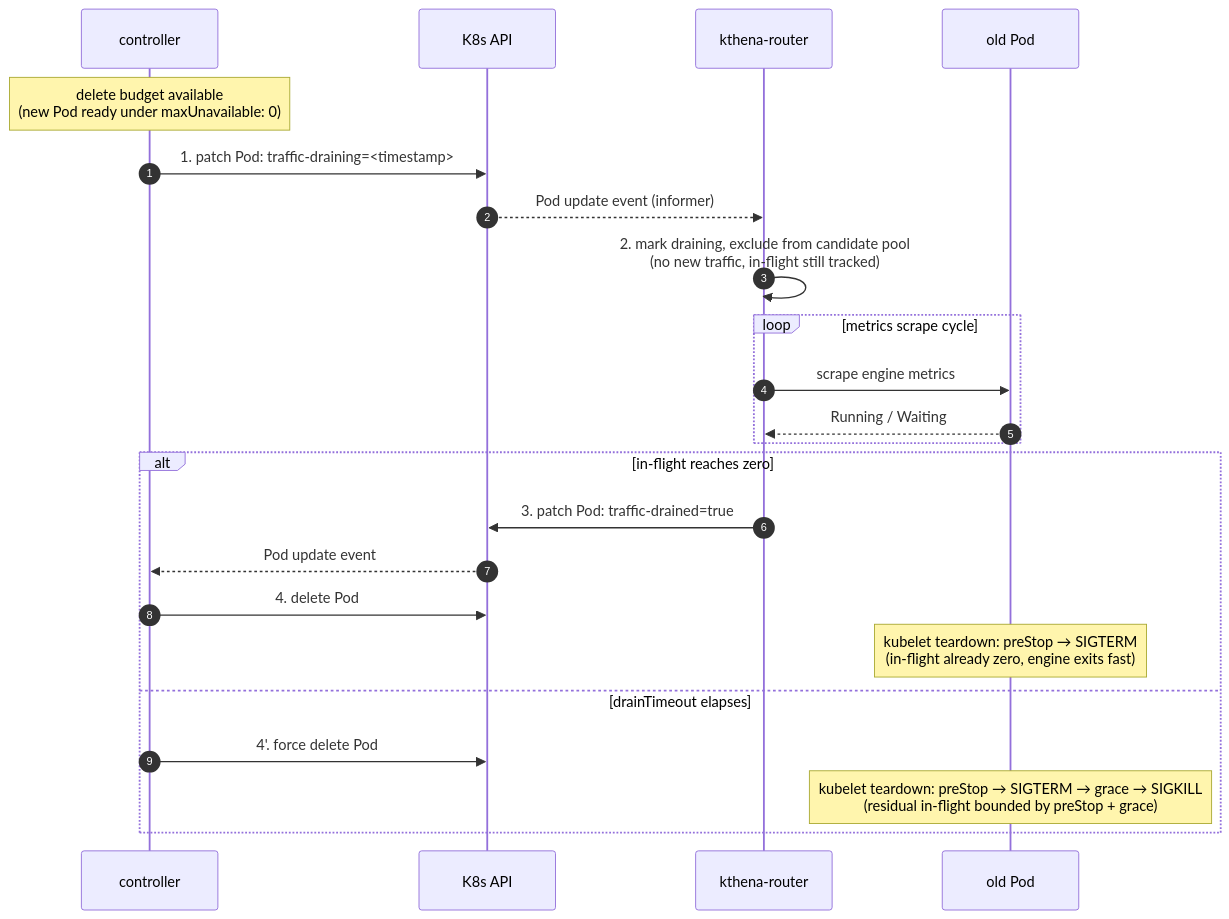
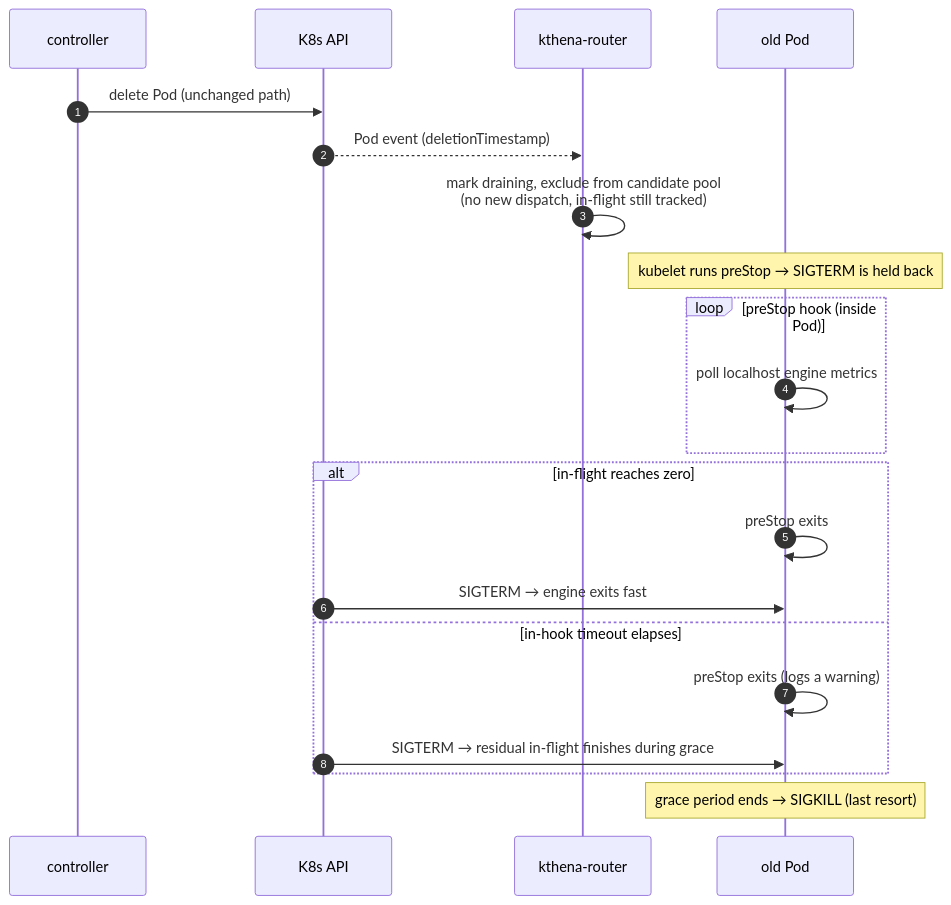
The diagram in docs/proposal/modelserving-lossless-upgrade.md (volcano-sh/kthena), drawn with Mermaid before and after one commit. The commit also changed other lines of this file, not shown here.

First line of the commit message:
docs(proposal): switch to preStop-based drain, drop controller-side gate

````diff
--- a/docs/proposal/modelserving-lossless-upgrade.md
+++ b/docs/proposal/modelserving-lossless-upgrade.md
@@ -86,26 +98,24 @@
 ```mermaid
 sequenceDiagram
     autonumber
     participant C as controller
     participant A as K8s API
     participant R as kthena-router
     participant P as old Pod
 
-    Note over C: delete budget available<br/>(new Pod ready under maxUnavailable: 0)
-    C->>A: 1. patch Pod: traffic-draining=<timestamp>
-    A-->>R: Pod update event (informer)
-    R->>R: 2. mark draining, exclude from candidate pool<br/>(no new traffic, in-flight still tracked)
-    loop metrics scrape cycle
-        R->>P: scrape engine metrics
-        P-->>R: Running / Waiting
+    C->>A: delete Pod (unchanged path)
+    A-->>R: Pod event (deletionTimestamp)
+    R->>R: mark draining, exclude from candidate pool<br/>(no new dispatch, in-flight still tracked)
+    Note over P: kubelet runs preStop → SIGTERM is held back
+    loop preStop hook (inside Pod)
+        P->>P: poll localhost engine metrics
     end
     alt in-flight reaches zero
-        R->>A: 3. patch Pod: traffic-drained=true
-        A-->>C: Pod update event
-        C->>A: 4. delete Pod
-        Note over P: kubelet teardown: preStop → SIGTERM<br/>(in-flight already zero, engine exits fast)
-    else drainTimeout elapses
-        C->>A: 4'. force delete Pod
-        Note over P: kubelet teardown: preStop → SIGTERM → grace → SIGKILL<br/>(residual in-flight bounded by preStop + grace)
+        P->>P: preStop exits
+        A->>P: SIGTERM → engine exits fast
+    else in-hook timeout elapses
+        P->>P: preStop exits (logs a warning)
+        A->>P: SIGTERM → residual in-flight finishes during grace
     end
+    Note over P: grace period ends → SIGKILL (last resort)
 ```
````
